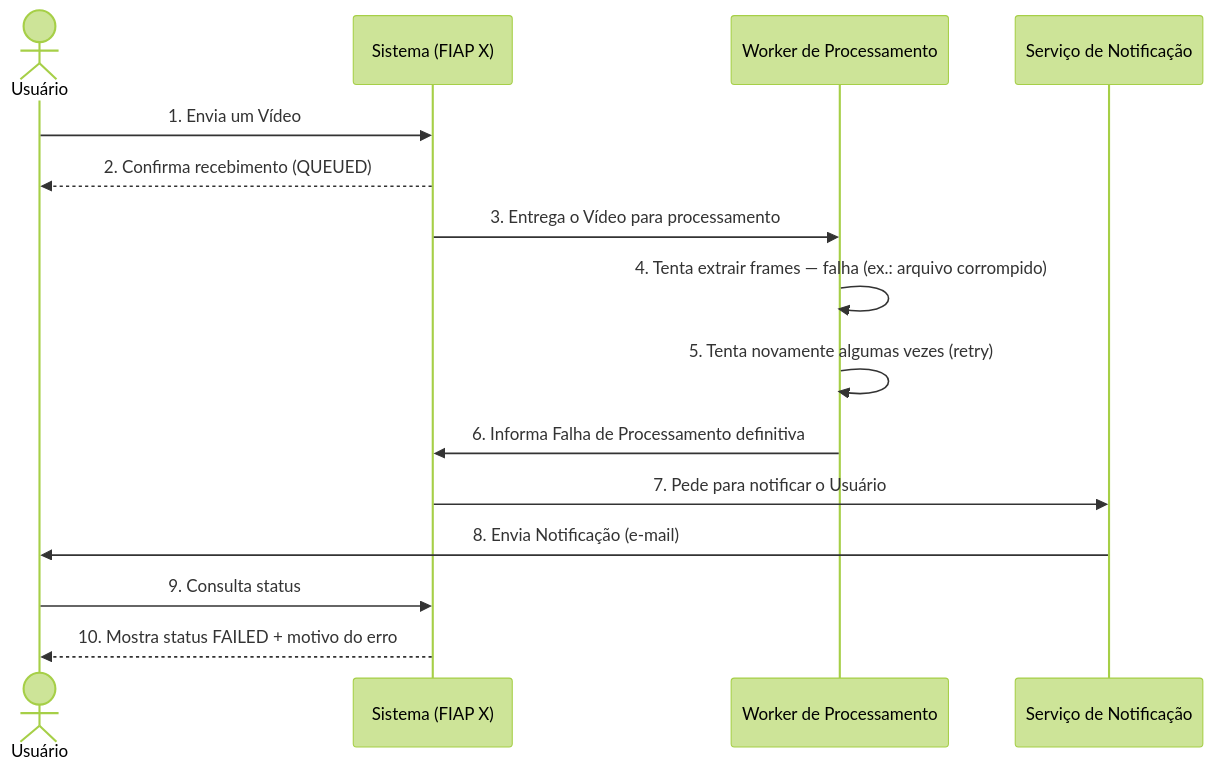
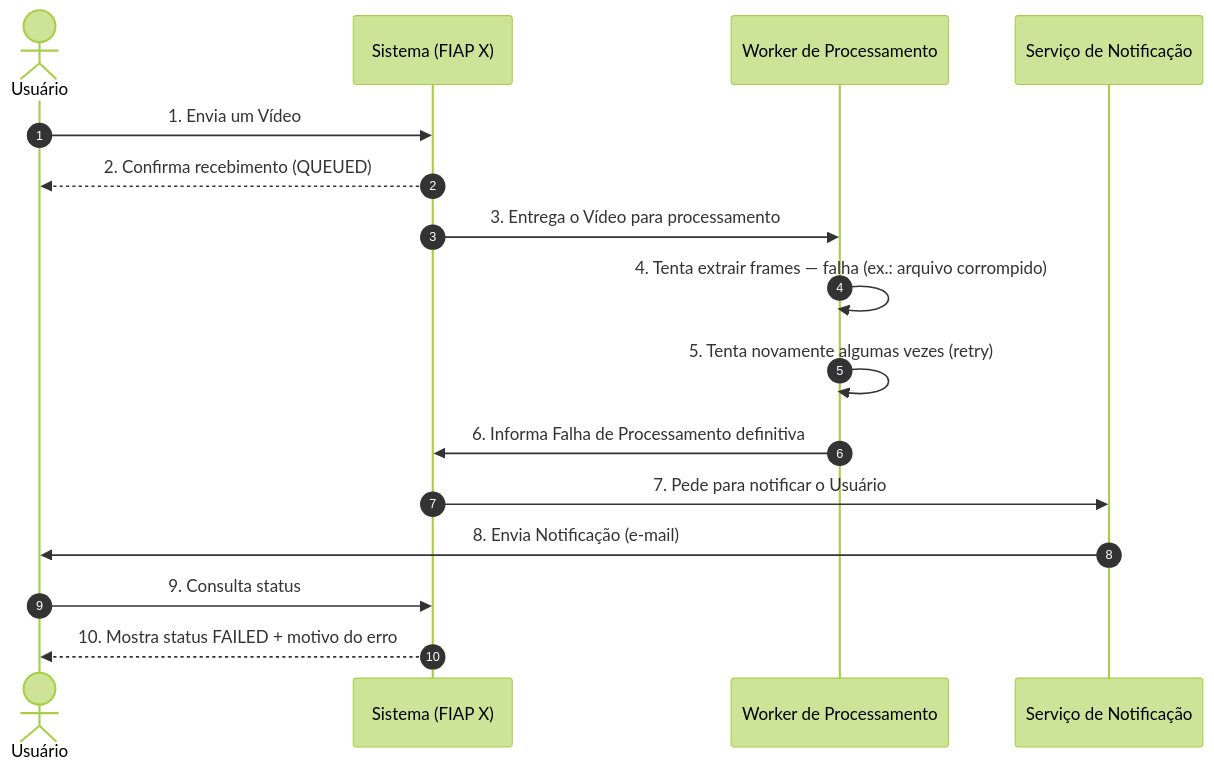
The second of 2 diagrams in docs/ddd/domain-storytelling.md (fredericoffs/fiapx-video-platform), drawn with Mermaid (forest theme) before and after one commit. The commit also changed other lines of this file and 1 other file, not shown here.

Commit message:
docs(architecture): reformata diagramas Mermaid (fonte, layout, autonumber)

````diff
--- a/docs/ddd/domain-storytelling.md
+++ b/docs/ddd/domain-storytelling.md
@@ -32,18 +33,19 @@
 ```mermaid
 sequenceDiagram
+    autonumber
     actor Usuario as Usuário
     participant Sistema as Sistema (FIAP X)
     participant Worker as Worker de Processamento
     participant Notif as Serviço de Notificação
 
     Usuario->>Sistema: 1. Envia um Vídeo
     Sistema-->>Usuario: 2. Confirma recebimento (QUEUED)
     Sistema->>Worker: 3. Entrega o Vídeo para processamento
     Worker->>Worker: 4. Tenta extrair frames — falha (ex.: arquivo corrompido)
     Worker->>Worker: 5. Tenta novamente algumas vezes (retry)
     Worker->>Sistema: 6. Informa Falha de Processamento definitiva
     Sistema->>Notif: 7. Pede para notificar o Usuário
     Notif->>Usuario: 8. Envia Notificação (e-mail)
     Usuario->>Sistema: 9. Consulta status
     Sistema-->>Usuario: 10. Mostra status FAILED + motivo do erro
 ```
````
